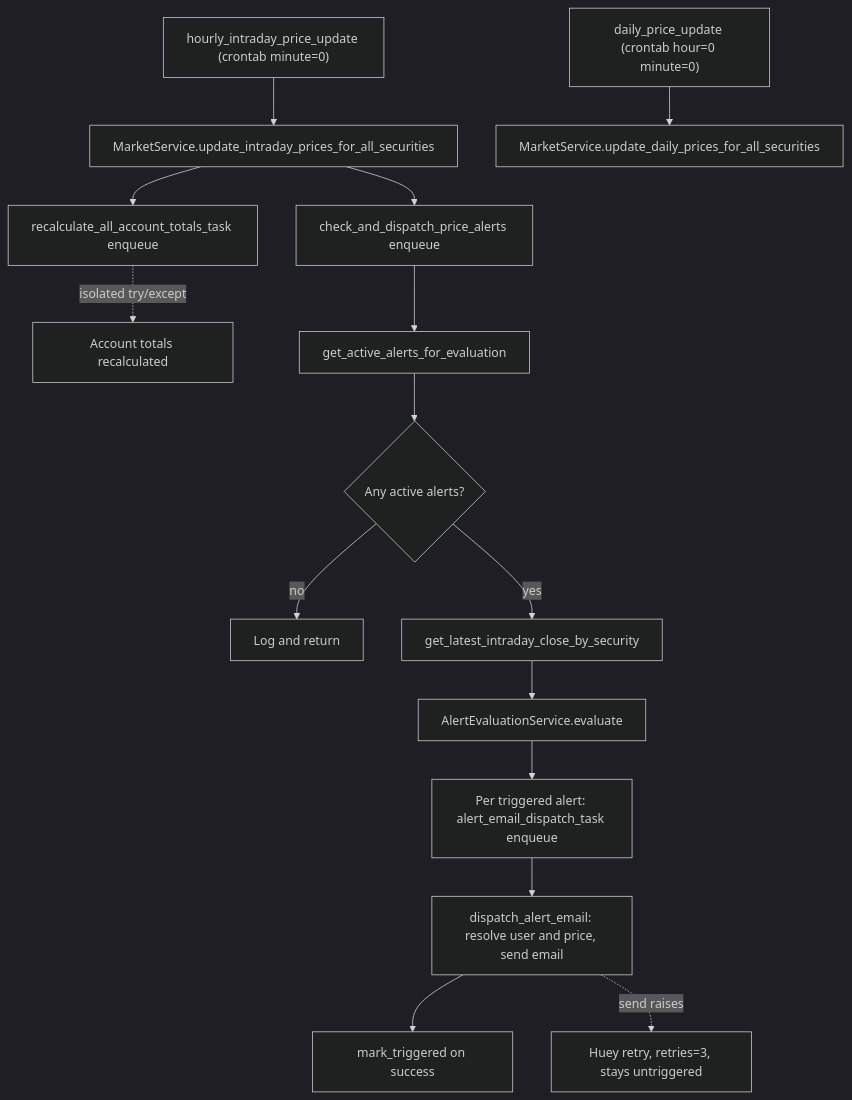
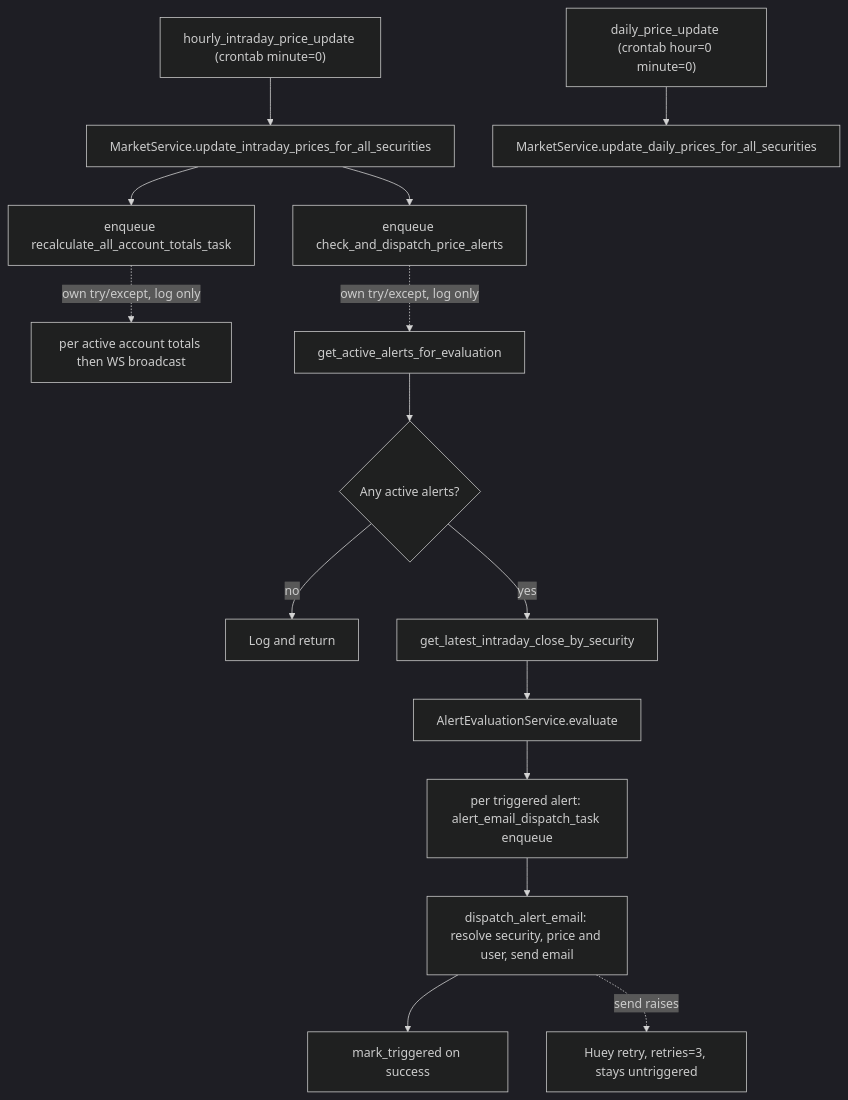
One commit to havekes/retail-portfolio changed the first of 2 diagrams in openwiki/workflows/market-data-and-indicators.md. Above: the diagram before and after it, drawn with Mermaid (dark theme). The commit also changed other lines of this file and 51 other files, not shown here.

````diff
--- a/openwiki/workflows/market-data-and-indicators.md
+++ b/openwiki/workflows/market-data-and-indicators.md
@@ -115,18 +121,18 @@
 ```mermaid
 flowchart TD
     A["hourly_intraday_price_update (crontab minute=0)"] --> B["MarketService.update_intraday_prices_for_all_securities"]
-    B --> C["recalculate_all_account_totals_task enqueue"]
-    B --> D["check_and_dispatch_price_alerts enqueue"]
-    C -.->|"isolated try/except"| E["Account totals recalculated"]
-    D --> F["get_active_alerts_for_evaluation"]
+    B --> C["enqueue recalculate_all_account_totals_task"]
+    B --> D["enqueue check_and_dispatch_price_alerts"]
+    C -.->|"own try/except, log only"| E["per active account totals then WS broadcast"]
+    D -.->|"own try/except, log only"| F["get_active_alerts_for_evaluation"]
     F --> G{"Any active alerts?"}
     G -->|"no"| H["Log and return"]
     G -->|"yes"| I["get_latest_intraday_close_by_security"]
     I --> J["AlertEvaluationService.evaluate"]
-    J --> K["Per triggered alert: alert_email_dispatch_task enqueue"]
-    K --> L["dispatch_alert_email: resolve user and price, send email"]
+    J --> K["per triggered alert: alert_email_dispatch_task enqueue"]
+    K --> L["dispatch_alert_email: resolve security, price and user, send email"]
     L --> M["mark_triggered on success"]
     L -.->|"send raises"| N["Huey retry, retries=3, stays untriggered"]
 
     NIGHTLY["daily_price_update (crontab hour=0 minute=0)"] --> O["MarketService.update_daily_prices_for_all_securities"]
 ```
````
